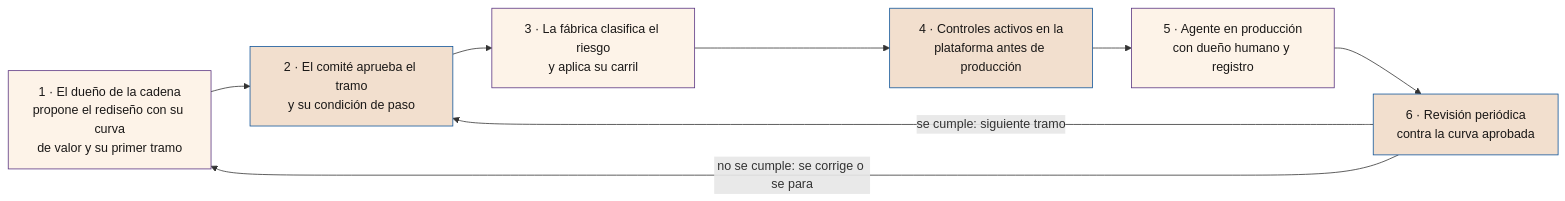
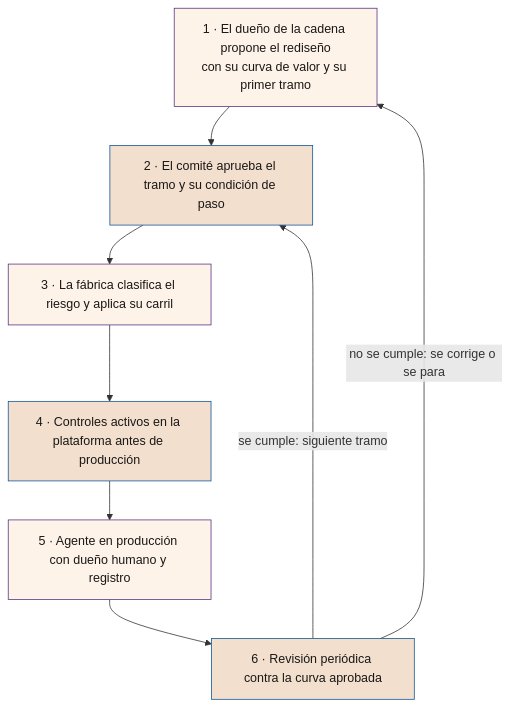
The seventh of 7 diagrams in SEVEN-G/mds/es/54_SEVEN-G_Organizacion_de_la_compania_para_la_IA.md (seachad/AI_CONSULTING), drawn with Mermaid before and after one commit. The commit also changed other lines of this file and 15 other files, not shown here.

First line of the commit message:
Documento 54 §9: diagramas más legibles; HTML y PDF de 54 y 02, índices de códigos y búsqueda (D162)

````diff
--- a/SEVEN-G/mds/es/54_SEVEN-G_Organizacion_de_la_compania_para_la_IA.md
+++ b/SEVEN-G/mds/es/54_SEVEN-G_Organizacion_de_la_compania_para_la_IA.md
@@ -600,16 +605,16 @@
 ```mermaid
-flowchart LR
-  P1["1 · El dueño de la cadena<br>propone el rediseño con su curva<br>de valor y su primer tramo"]
-  P2["2 · El comité aprueba el tramo<br>y su condición de paso"]
-  P3["3 · La fábrica clasifica el riesgo<br>y aplica su carril"]
-  P4["4 · Controles activos en la<br>plataforma antes de producción"]
-  P5["5 · Agente en producción<br>con dueño humano y registro"]
-  P6["6 · Revisión periódica<br>contra la curva aprobada"]
+flowchart TB
+  P1["1 · El dueño de la cadena propone el rediseño<br>con su curva de valor y su primer tramo"]
+  P2["2 · El comité aprueba el tramo y su condición de paso"]
+  P3["3 · La fábrica clasifica el riesgo y aplica su carril"]
+  P4["4 · Controles activos en la plataforma antes de producción"]
+  P5["5 · Agente en producción con dueño humano y registro"]
+  P6["6 · Revisión periódica contra la curva aprobada"]
   P1 --> P2 --> P3 --> P4 --> P5 --> P6
   P6 -->|"se cumple: siguiente tramo"| P2
   P6 -->|"no se cumple: se corrige o se para"| P1
   classDef fase fill:#fdf3e8,stroke:#593380,color:#1a1817
   classDef gate fill:#f2dfce,stroke:#0f5499,color:#1a1817
   class P1,P3,P5 fase
   class P2,P4,P6 gate
 ```
````
